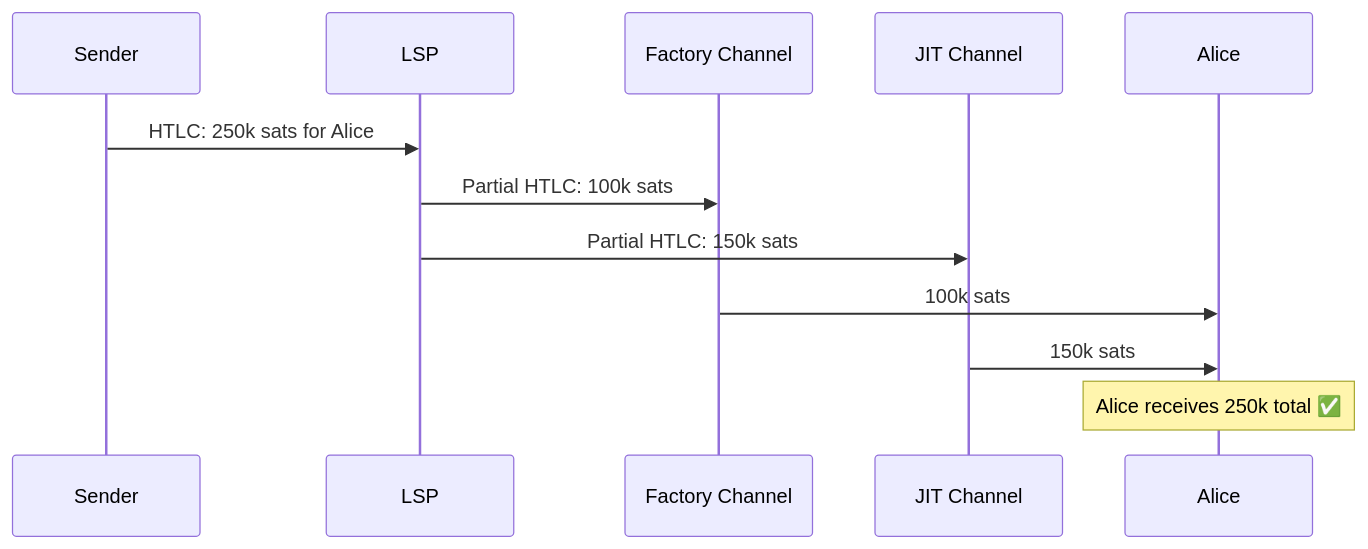
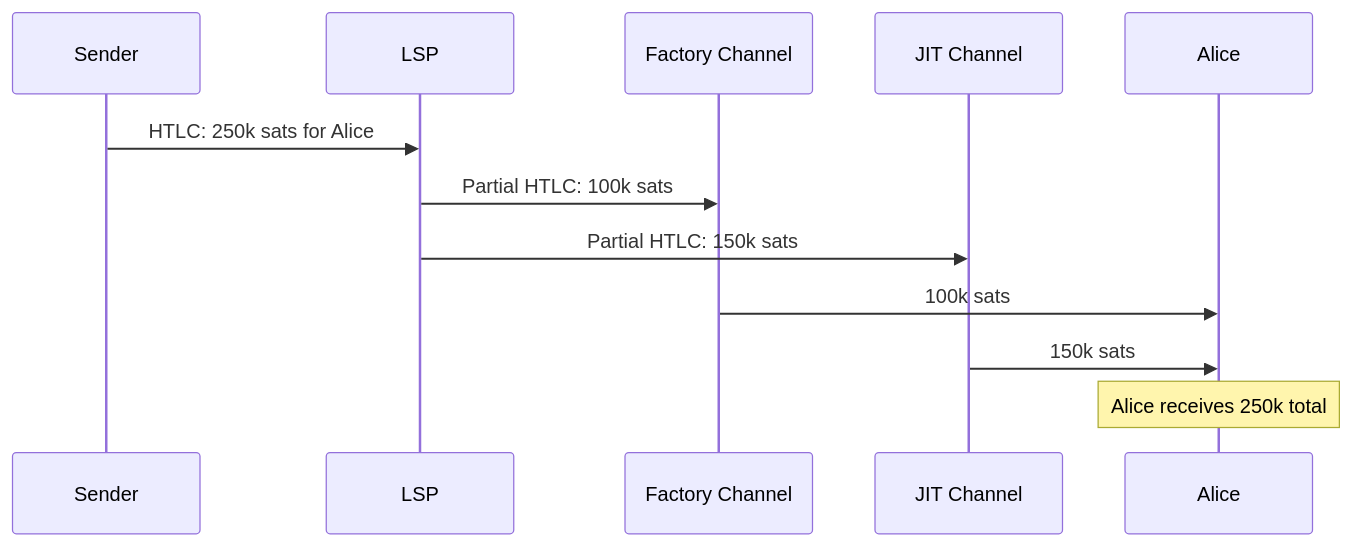
The third of 3 diagrams in extensions/jit-channel-fallbacks.md (8144225309/superscalar-docs), drawn with Mermaid before and after one commit. The commit also changed other lines of this file and 31 other files, not shown here.

````diff
--- a/extensions/jit-channel-fallbacks.md
+++ b/extensions/jit-channel-fallbacks.md
@@ -55,15 +40,15 @@
 ```mermaid
 sequenceDiagram
     participant S as Sender
     participant LSP as LSP
     participant FC as Factory Channel
     participant JC as JIT Channel
     participant A as Alice
 
     S->>LSP: HTLC: 250k sats for Alice
     LSP->>FC: Partial HTLC: 100k sats
     LSP->>JC: Partial HTLC: 150k sats
     FC->>A: 100k sats
     JC->>A: 150k sats
-    Note over A: Alice receives 250k total ✅
+    Note over A: Alice receives 250k total
 ```
````
